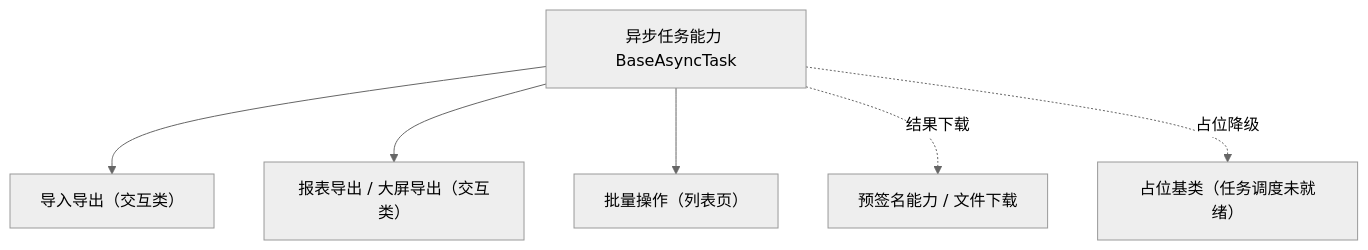
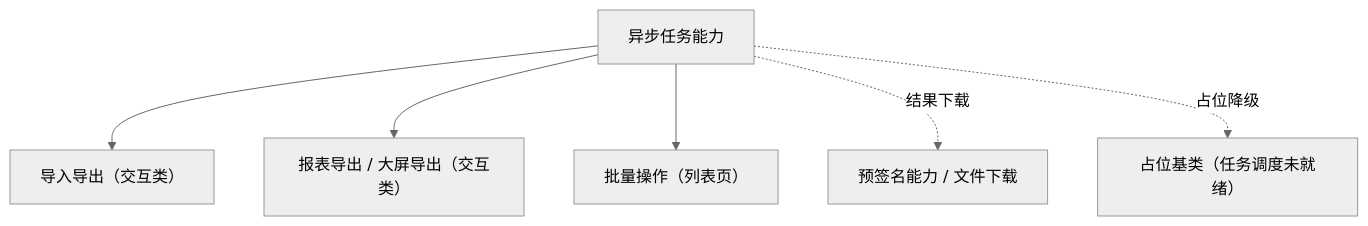
One commit to minjian123/basic-management-system changed the diagram in bms文档/设计/组件设计/02_基础组件类/02_能力类/14_组件设计_异步任务能力/14_组件设计_异步任务能力.md. Above: the diagram before and after it, drawn with Mermaid (neutral theme). The commit also changed other lines of this file and 238 other files, not shown here.

````diff
--- a/bms文档/设计/组件设计/02_基础组件类/02_能力类/14_组件设计_异步任务能力/14_组件设计_异步任务能力.md
+++ b/bms文档/设计/组件设计/02_基础组件类/02_能力类/14_组件设计_异步任务能力/14_组件设计_异步任务能力.md
@@ -15,8 +16,8 @@
 ```mermaid
 flowchart TD
-    T["异步任务能力 BaseAsyncTask"] --> IE["导入导出（交互类）"]
+    T["异步任务能力"] --> IE["导入导出（交互类）"]
     T --> RP["报表导出 / 大屏导出（交互类）"]
     T --> BT["批量操作（列表页）"]
     T -. 结果下载 .-> D["预签名能力 / 文件下载"]
     T -. 占位降级 .-> PH["占位基类（任务调度未就绪）"]
 ```
````
